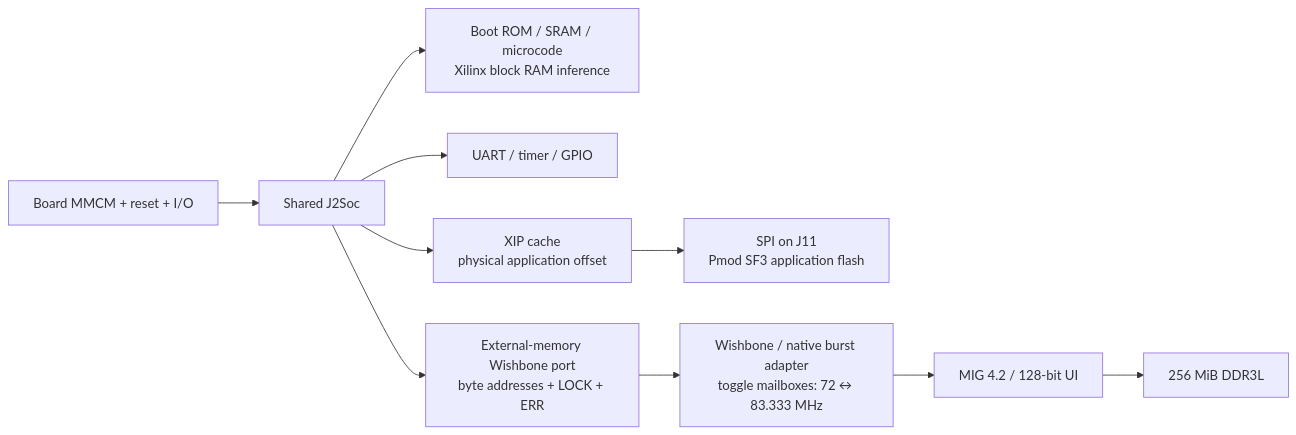
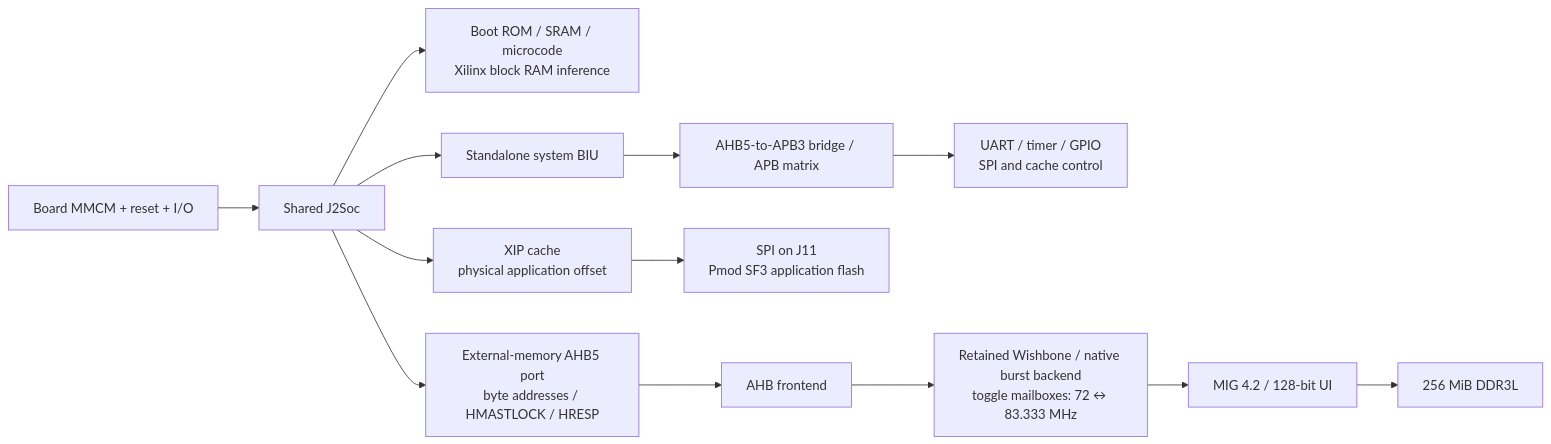
One commit to PreviousVOD/VexJ2 changed the first of 3 diagrams in docs/wukong-v1.md. Above: the diagram before and after it, drawn with Mermaid. The commit also changed other lines of this file and 5 other files, not shown here.

Commit message:
Fix Wukong DDR CDC hierarchy and validate AHB APB SoC at 72 MHz

````diff
--- a/docs/wukong-v1.md
+++ b/docs/wukong-v1.md
@@ -84,12 +84,15 @@
 ```mermaid
 flowchart LR
   P["Board MMCM + reset + I/O"] --> S["Shared J2Soc"]
   S --> R["Boot ROM / SRAM / microcode<br/>Xilinx block RAM inference"]
-  S --> U["UART / timer / GPIO"]
+  S --> BIU["Standalone system BIU"]
+  BIU --> APB["AHB5-to-APB3 bridge / APB matrix"]
+  APB --> U["UART / timer / GPIO<br/>SPI and cache control"]
   S --> C["XIP cache<br/>physical application offset"]
   C --> F["SPI on J11<br/>Pmod SF3 application flash"]
-  S --> B["External-memory Wishbone port<br/>byte addresses + LOCK + ERR"]
-  B --> E["Wishbone / native burst adapter<br/>toggle mailboxes: 72 ↔ 83.333 MHz"]
+  S --> B["External-memory AHB5 port<br/>byte addresses / HMASTLOCK / HRESP"]
+  B --> FRONT["AHB frontend"]
+  FRONT --> E["Retained Wishbone / native burst backend<br/>toggle mailboxes: 72 ↔ 83.333 MHz"]
   E --> M["MIG 4.2 / 128-bit UI"]
   M --> D["256 MiB DDR3L"]
 ```
````
